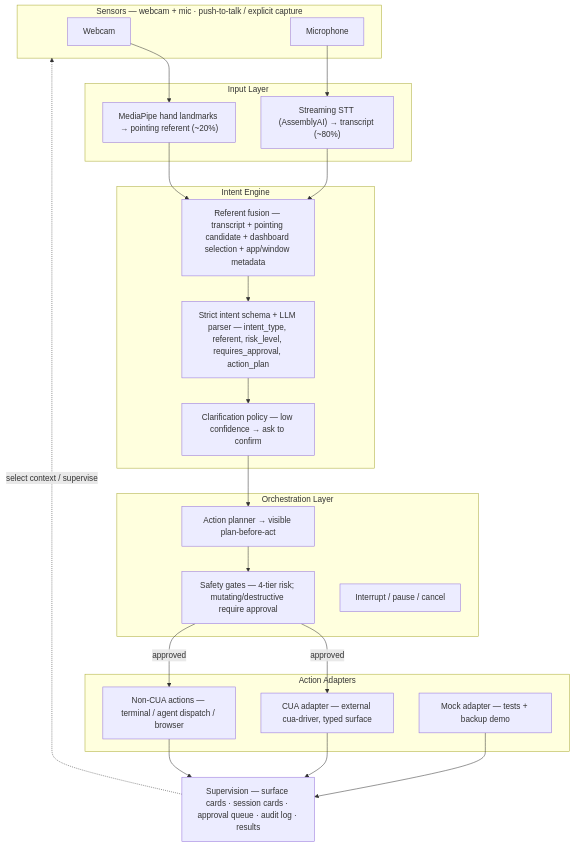
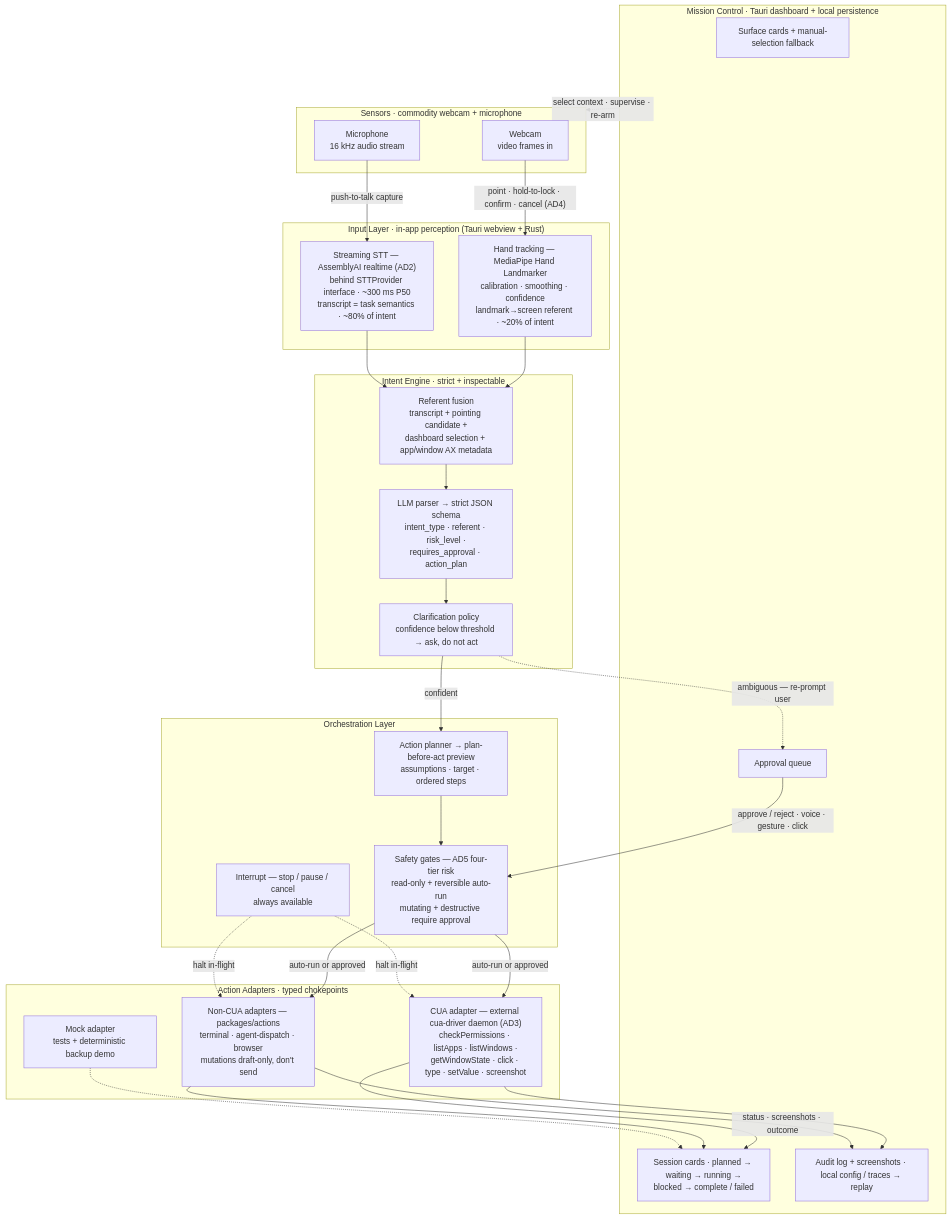
One commit to HandsOff-C5/HandsOff changed the diagram in FINAL_PLANNING.md. Above: the diagram before and after it, drawn with Mermaid. The commit also changed other lines of this file, not shown here.

Commit message:
docs: annotate architecture diagram with stack and interaction edges
Expand the FINAL_PLANNING architecture mermaid with the what (tech stack
per layer, traced to the Stack table / AD1-AD5) and the how (user
interaction and goal per edge): clarification re-prompt path, approval
queue, interrupt halts, and audit/session fan-out.

````diff
--- a/FINAL_PLANNING.md
+++ b/FINAL_PLANNING.md
@@ -58,44 +62,57 @@
 ```mermaid
 flowchart TB
-  subgraph Sensors["Sensors — webcam + mic · push-to-talk / explicit capture"]
-    Cam["Webcam"]
-    Mic["Microphone"]
+  subgraph Sensors["Sensors · commodity webcam + microphone"]
+    Cam["Webcam<br/>video frames in"]
+    Mic["Microphone<br/>16 kHz audio stream"]
   end
 
-  subgraph Input["Input Layer"]
-    Hand["MediaPipe hand landmarks → pointing referent (~20%)"]
-    STT["Streaming STT (AssemblyAI) → transcript (~80%)"]
+  subgraph Input["Input Layer · in-app perception (Tauri webview + Rust)"]
+    Hand["Hand tracking — MediaPipe Hand Landmarker<br/>calibration · smoothing · confidence<br/>landmark→screen referent · ~20% of intent"]
+    STT["Streaming STT — AssemblyAI realtime (AD2)<br/>behind STTProvider interface · ~300 ms P50<br/>transcript = task semantics · ~80% of intent"]
   end
 
-  subgraph Intent["Intent Engine"]
-    Fuse["Referent fusion — transcript + pointing candidate + dashboard selection + app/window metadata"]
-    Schema["Strict intent schema + LLM parser — intent_type, referent, risk_level, requires_approval, action_plan"]
-    Clar["Clarification policy — low confidence → ask to confirm"]
+  subgraph Intent["Intent Engine · strict + inspectable"]
+    Fuse["Referent fusion<br/>transcript + pointing candidate +<br/>dashboard selection + app/window AX metadata"]
+    Schema["LLM parser → strict JSON schema<br/>intent_type · referent · risk_level ·<br/>requires_approval · action_plan"]
+    Clar["Clarification policy<br/>confidence below threshold → ask, do not act"]
   end
 
   subgraph Orch["Orchestration Layer"]
-    Plan["Action planner → visible plan-before-act"]
-    Gate["Safety gates — 4-tier risk; mutating/destructive require approval"]
-    Int["Interrupt / pause / cancel"]
+    Plan["Action planner → plan-before-act preview<br/>assumptions · target · ordered steps"]
+    Gate["Safety gates — AD5 four-tier risk<br/>read-only + reversible auto-run<br/>mutating + destructive require approval"]
+    Int["Interrupt — stop / pause / cancel<br/>always available"]
   end
 
-  subgraph Act["Action Adapters"]
-    CUA["CUA adapter — external cua-driver, typed surface"]
-    Other["Non-CUA actions — terminal / agent dispatch / browser"]
-    Mock["Mock adapter — tests + backup demo"]
+  subgraph Act["Action Adapters · typed chokepoints"]
+    CUA["CUA adapter — external cua-driver daemon (AD3)<br/>checkPermissions · listApps · listWindows ·<br/>getWindowState · click · type · setValue · screenshot"]
+    Other["Non-CUA adapters — packages/actions<br/>terminal · agent-dispatch · browser<br/>mutations draft-only, don't send"]
+    Mock["Mock adapter<br/>tests + deterministic backup demo"]
   end
 
-  Super["Supervision — surface cards · session cards · approval queue · audit log · results"]
+  subgraph Super["Mission Control · Tauri dashboard + local persistence"]
+    Surf["Surface cards + manual-selection fallback"]
+    Sess["Session cards · planned → waiting → running →<br/>blocked → complete / failed"]
+    Appr["Approval queue"]
+    Audit["Audit log + screenshots · local config / traces → replay"]
+  end
 
-  Cam --> Hand
-  Mic --> STT
+  Cam -->|"point · hold-to-lock · confirm · cancel (AD4)"| Hand
+  Mic -->|"push-to-talk capture"| STT
   Hand --> Fuse
   STT --> Fuse
-  Fuse --> Schema --> Clar --> Plan --> Gate
-  Gate -->|approved| CUA
-  Gate -->|approved| Other
-  CUA --> Super
-  Other --> Super
-  Mock --> Super
-  Super -. "select context / supervise" .-> Sensors
+  Fuse --> Schema --> Clar
+  Clar -->|"confident"| Plan
+  Clar -.->|"ambiguous — re-prompt user"| Appr
+  Plan --> Gate
+  Appr -->|"approve / reject · voice · gesture · click"| Gate
+  Gate -->|"auto-run or approved"| CUA
+  Gate -->|"auto-run or approved"| Other
+  CUA -->|"status · screenshots · outcome"| Sess
+  Other --> Sess
+  Mock -.-> Sess
+  CUA --> Audit
+  Other --> Audit
+  Int -.->|"halt in-flight"| CUA
+  Int -.->|"halt in-flight"| Other
+  Super -. "select context · supervise · re-arm" .-> Sensors
 ```
````
